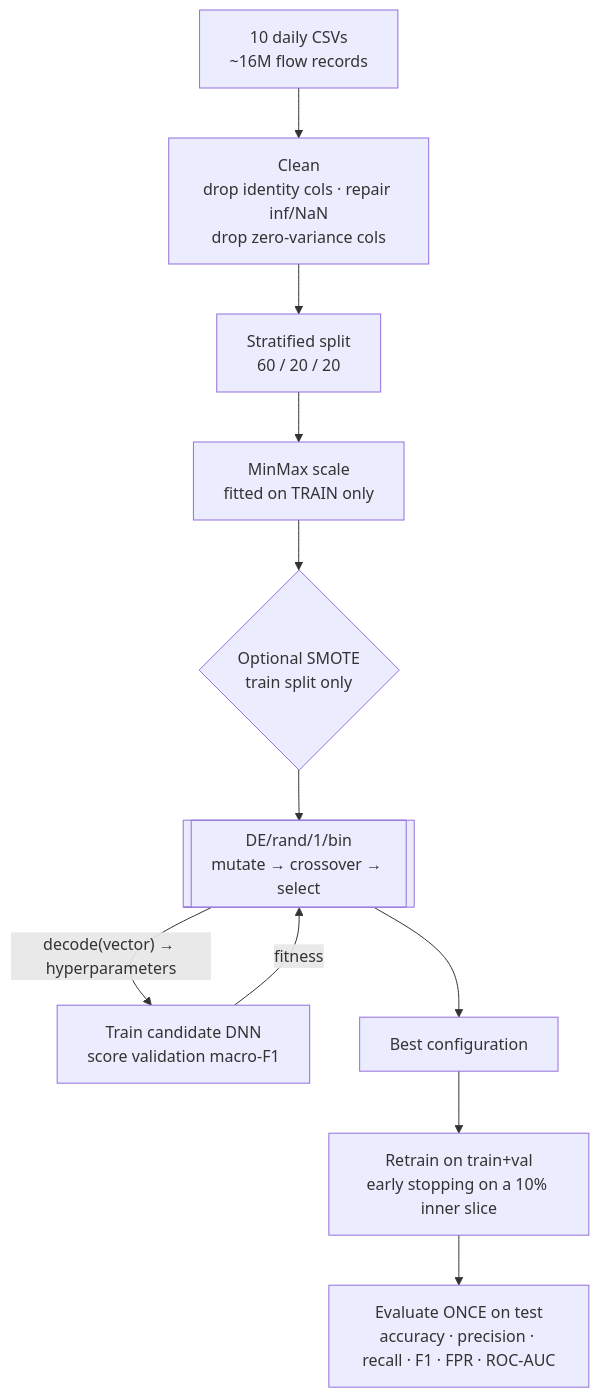
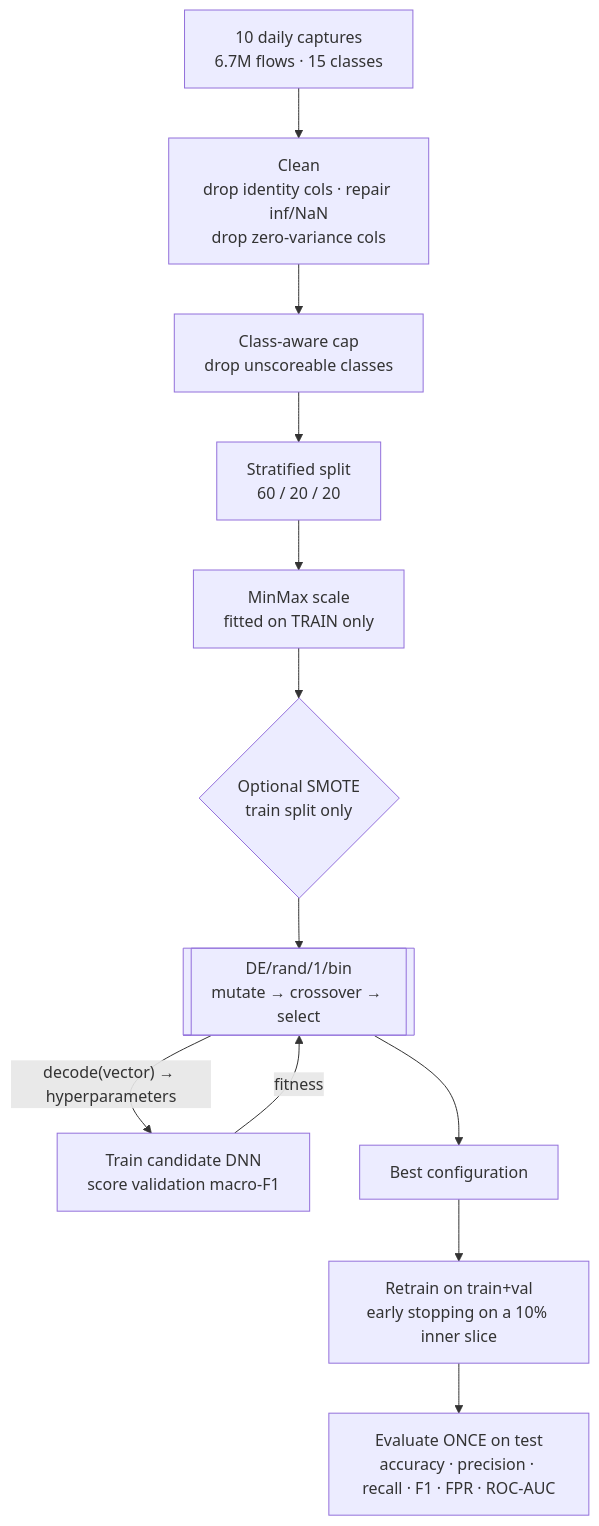
One commit to von-moyo/de-dnn-ids changed the diagram in README.md. Above: the diagram before and after it, drawn with Mermaid. The commit also changed other lines of this file and 16 other files, not shown here.

First line of the commit message:
Fix binary class prior, drop unscoreable classes, add DE checkpointing

````diff
--- a/README.md
+++ b/README.md
@@ -47,13 +47,14 @@
 ```mermaid
 flowchart TD
-    A[10 daily CSVs<br/>~16M flow records] --> B[Clean<br/>drop identity cols · repair inf/NaN<br/>drop zero-variance cols]
-    B --> C[Stratified split<br/>60 / 20 / 20]
+    A[10 daily captures<br/>6.7M flows · 15 classes] --> B[Clean<br/>drop identity cols · repair inf/NaN<br/>drop zero-variance cols]
+    B --> B2[Class-aware cap<br/>drop unscoreable classes]
+    B2 --> C[Stratified split<br/>60 / 20 / 20]
     C --> D[MinMax scale<br/>fitted on TRAIN only]
     D --> E{Optional SMOTE<br/>train split only}
     E --> F[["DE/rand/1/bin<br/>mutate → crossover → select"]]
     F -->|"decode(vector) → hyperparameters"| G[Train candidate DNN<br/>score validation macro-F1]
     G -->|fitness| F
     F --> H[Best configuration]
     H --> I[Retrain on train+val<br/>early stopping on a 10% inner slice]
     I --> J[Evaluate ONCE on test<br/>accuracy · precision · recall · F1 · FPR · ROC-AUC]
 ```
````
